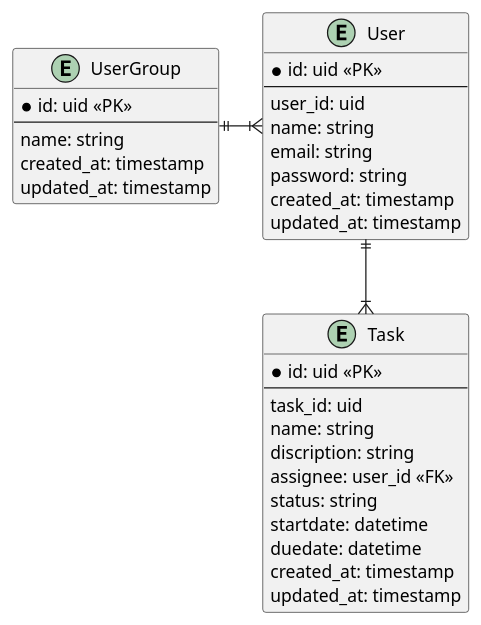
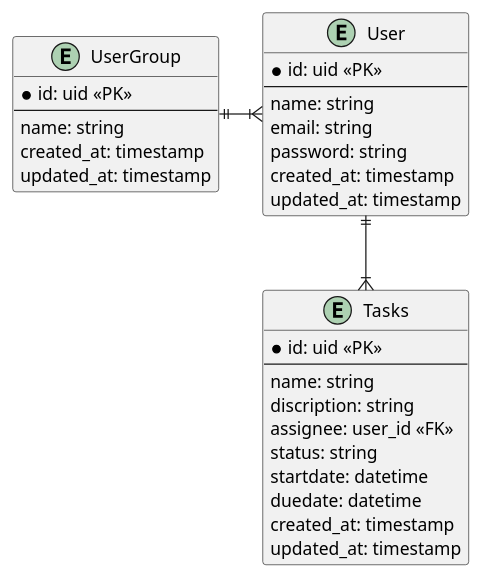
Before and after one commit to OTakumi/go-todo: the diagram in uml/ER.puml, drawn with PlantUML.

Commit message:
Update ERD

```diff
--- a/uml/ER.puml
+++ b/uml/ER.puml
@@ -1,39 +1,37 @@
 @startuml
 
 entity UserGroup {
   *id: uid <<PK>>
   --
   name: string
   created_at: timestamp
   updated_at: timestamp
 }
 
 entity User {
   * id: uid <<PK>>
   --
-  user_id: uid
   name: string
   email: string
   password: string
   created_at: timestamp
   updated_at: timestamp
 }
 
-entity Task {
+entity Tasks {
   * id: uid <<PK>>
   --
-  task_id: uid
   name: string
   discription: string
   assignee: user_id <<FK>>
   status: string
   startdate: datetime
   duedate: datetime
   created_at: timestamp
   updated_at: timestamp
 }
 
 UserGroup ||-|{ User
-User ||--|{ Task
+User ||--|{ Tasks
 
 @enduml
```
